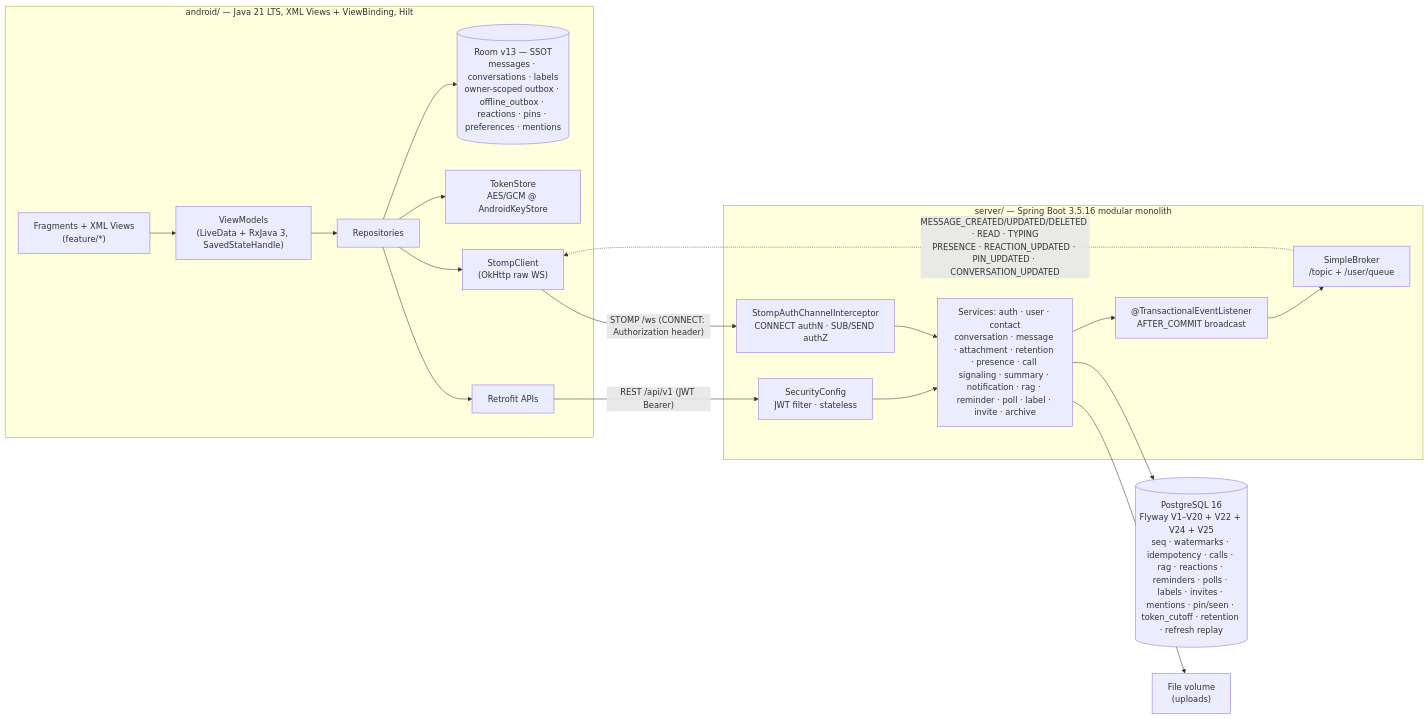
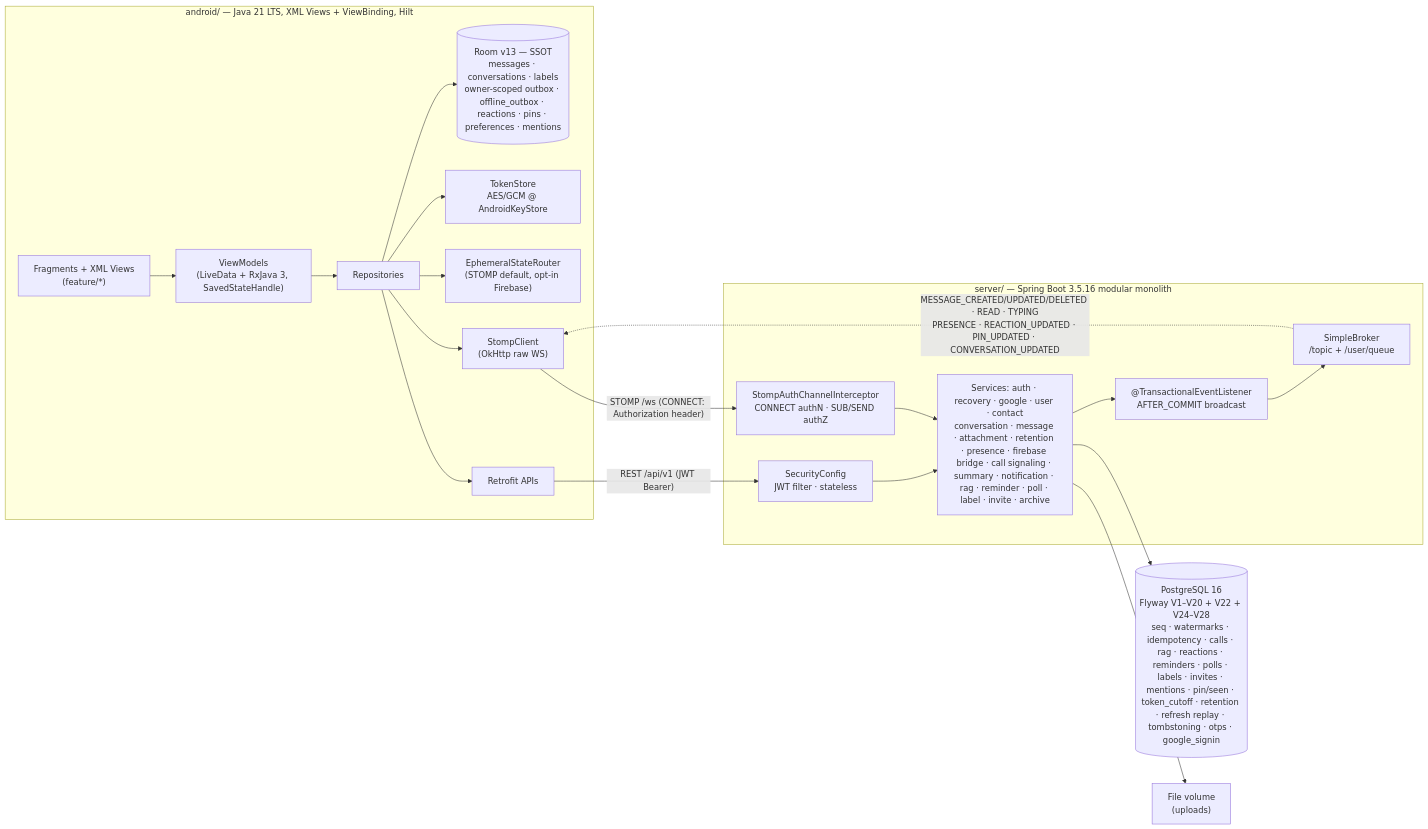
The diagram in README.md (JasonTM17/Nexachat_AppJ), drawn with Mermaid before and after one commit. The commit also changed other lines of this file and 6 other files, not shown here.

````diff
--- a/README.md
+++ b/README.md
@@ -111,29 +118,30 @@
 ```mermaid
 flowchart LR
     subgraph Android["android/ — Java 21 LTS, XML Views + ViewBinding, Hilt"]
         UI["Fragments + XML Views<br/>(feature/*)"] --> VM["ViewModels<br/>(LiveData + RxJava 3, SavedStateHandle)"]
         VM --> REPO["Repositories"]
         REPO --> ROOM[("Room v13 — SSOT<br/>messages · conversations · labels<br/>owner-scoped outbox · offline_outbox · reactions · pins · preferences · mentions")]
         REPO --> TS["TokenStore<br/>AES/GCM @ AndroidKeyStore"]
+        REPO --> ROUTER["EphemeralStateRouter<br/>(STOMP default, opt-in Firebase)"]
         REPO --> ST["StompClient<br/>(OkHttp raw WS)"]
         REPO --> RT["Retrofit APIs"]
     end
 
     subgraph Server["server/ — Spring Boot 3.5.16 modular monolith"]
         SEC["SecurityConfig<br/>JWT filter · stateless"]
         INT["StompAuthChannelInterceptor<br/>CONNECT authN · SUB/SEND authZ"]
-        SVC["Services: auth · user · contact<br/>conversation · message · attachment · retention · presence · call signaling · summary · notification · rag · reminder · poll · label · invite · archive"]
+        SVC["Services: auth · recovery · google · user · contact<br/>conversation · message · attachment · retention · presence · firebase bridge · call signaling · summary · notification · rag · reminder · poll · label · invite · archive"]
         EVT["@TransactionalEventListener<br/>AFTER_COMMIT broadcast"]
         BR["SimpleBroker<br/>/topic + /user/queue"]
     end
 
-    DB[("PostgreSQL 16<br/>Flyway V1–V20 + V22 + V24 + V25<br/>seq · watermarks · idempotency · calls · rag · reactions · reminders · polls · labels · invites · mentions · pin/seen · token_cutoff · retention · refresh replay")]
+    DB[("PostgreSQL 16<br/>Flyway V1–V20 + V22 + V24–V28<br/>seq · watermarks · idempotency · calls · rag · reactions · reminders · polls · labels · invites · mentions · pin/seen · token_cutoff · retention · refresh replay · tombstoning · otps · google_signin")]
     FS["File volume<br/>(uploads)"]
 
     RT -- "REST /api/v1 (JWT Bearer)" --> SEC --> SVC
     ST -- "STOMP /ws (CONNECT: Authorization header)" --> INT --> SVC
     SVC --> DB
     SVC --> FS
     SVC --> EVT --> BR
     BR -. "MESSAGE_CREATED/UPDATED/DELETED · READ · TYPING<br/>PRESENCE · REACTION_UPDATED · PIN_UPDATED · CONVERSATION_UPDATED" .-> ST
 ```
````
